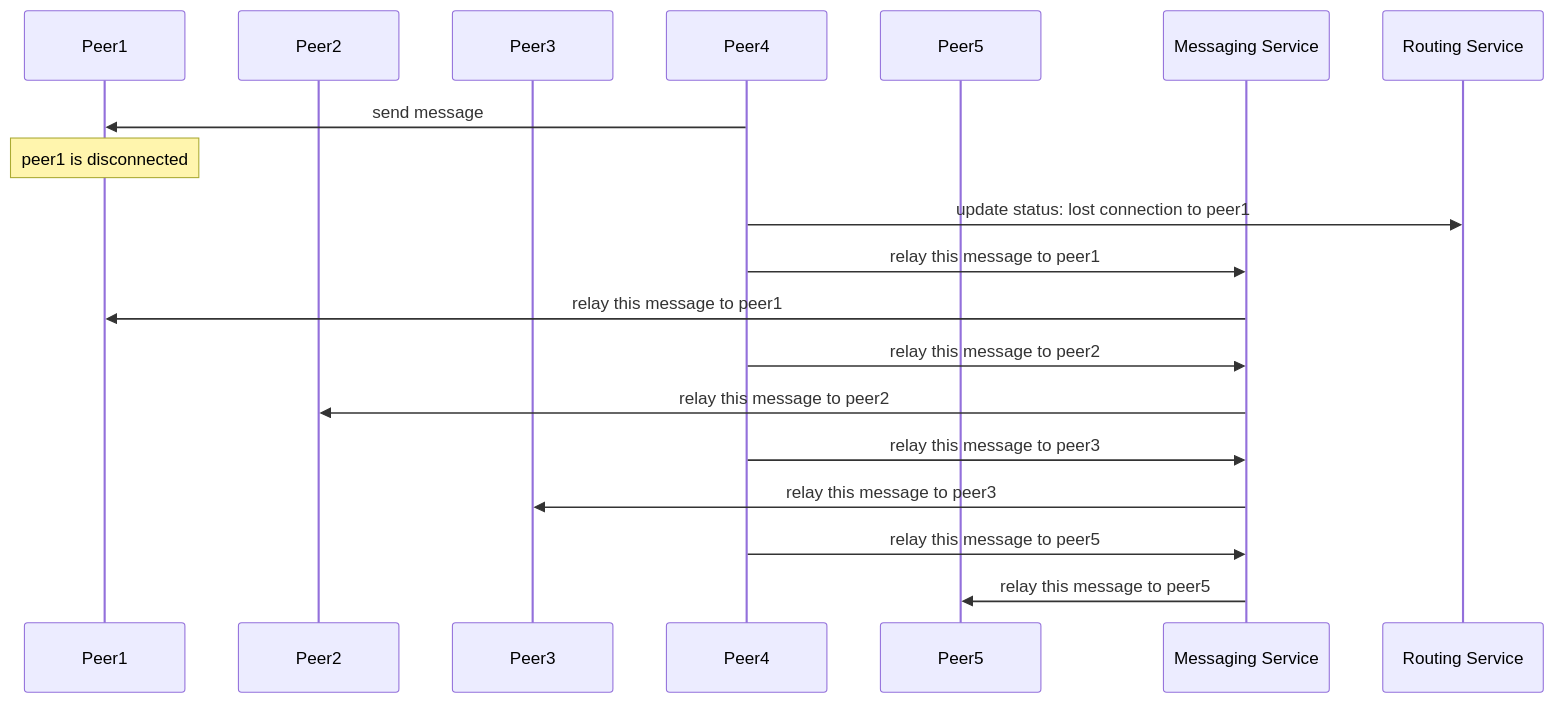
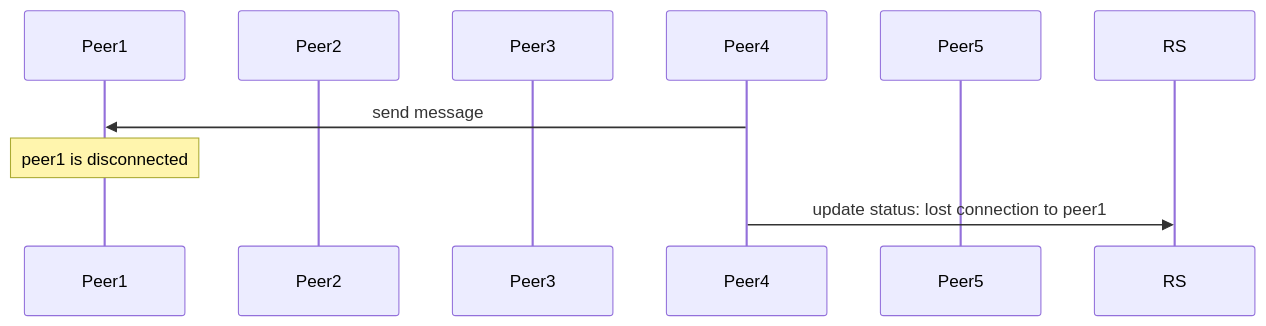
Diagram 13 of 13 in RFC/RFC-16-p2p-adapter-local-routes.md (decentraland/adr), drawn with Mermaid before and after one commit. The commit also changed other lines of this file, not shown here.

````diff
--- a/RFC/RFC-16-p2p-adapter-local-routes.md
+++ b/RFC/RFC-16-p2p-adapter-local-routes.md
@@ -223,23 +232,12 @@
 ```mermaid
 sequenceDiagram
     participant Peer1
     participant Peer2
     participant Peer3
     participant Peer4
     participant Peer5
-    participant MS as Messaging Service
-    participant RS as Routing Service
 
     Peer4->>Peer1: send message
     Note over Peer1: peer1 is disconnected
     Peer4->>RS: update status: lost connection to peer1
-
-    Peer4->>MS: relay this message to peer1
-    MS->>Peer1: relay this message to peer1
-    Peer4->>MS: relay this message to peer2
-    MS->>Peer2: relay this message to peer2
-    Peer4->>MS: relay this message to peer3
-    MS->>Peer3: relay this message to peer3
-    Peer4->>MS: relay this message to peer5
-    MS->>Peer5: relay this message to peer5
 ```
````
